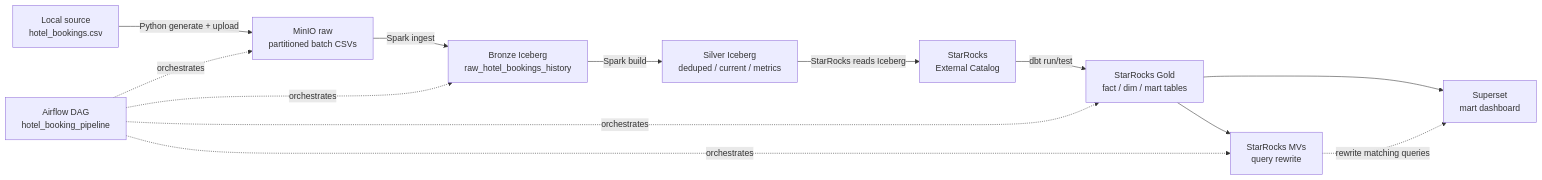
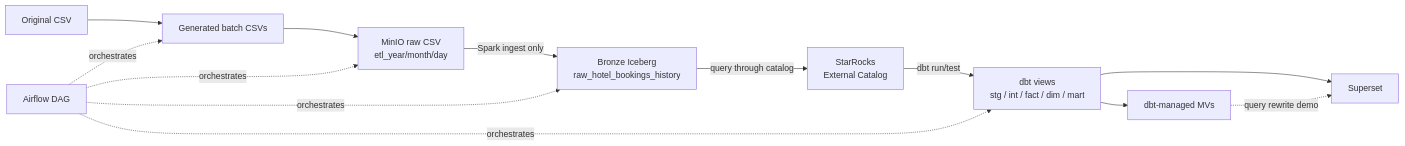
The diagram in docs/architecture.md (tda216/StarRocks_dataflow), drawn with Mermaid before and after one commit. The commit also changed other lines of this file and 48 other files, not shown here.

````diff
--- a/docs/architecture.md
+++ b/docs/architecture.md
@@ -26,25 +21,24 @@
 ```mermaid
 flowchart LR
-    A["Local source<br/>hotel_bookings.csv"]
-    B["MinIO raw<br/>partitioned batch CSVs"]
-    C["Bronze Iceberg<br/>raw_hotel_bookings_history"]
-    D["Silver Iceberg<br/>deduped / current / metrics"]
+    A["Original CSV"]
+    B["Generated batch CSVs"]
+    C["MinIO raw CSV<br/>etl_year/month/day"]
+    D["Bronze Iceberg<br/>raw_hotel_bookings_history"]
     E["StarRocks<br/>External Catalog"]
-    F["StarRocks Gold<br/>fact / dim / mart tables"]
-    G["StarRocks MVs<br/>query rewrite"]
-    H["Superset<br/>mart dashboard"]
+    F["dbt views<br/>stg / int / fact / dim / mart"]
+    G["dbt-managed MVs"]
+    H["Superset"]
 
-    A -- "Python generate + upload" --> B
-    B -- "Spark ingest" --> C
-    C -- "Spark build" --> D
-    D -- "StarRocks reads Iceberg" --> E
+    A --> B --> C
+    C -- "Spark ingest only" --> D
+    D -- "query through catalog" --> E
     E -- "dbt run/test" --> F
     F --> H
     F --> G
-    G -. "rewrite matching queries" .-> H
+    G -. "query rewrite demo" .-> H
 
-    O["Airflow DAG<br/>hotel_booking_pipeline"] -. "orchestrates" .-> B
+    O["Airflow DAG"] -. "orchestrates" .-> B
     O -. "orchestrates" .-> C
+    O -. "orchestrates" .-> D
     O -. "orchestrates" .-> F
-    O -. "orchestrates" .-> G
 ```
````
